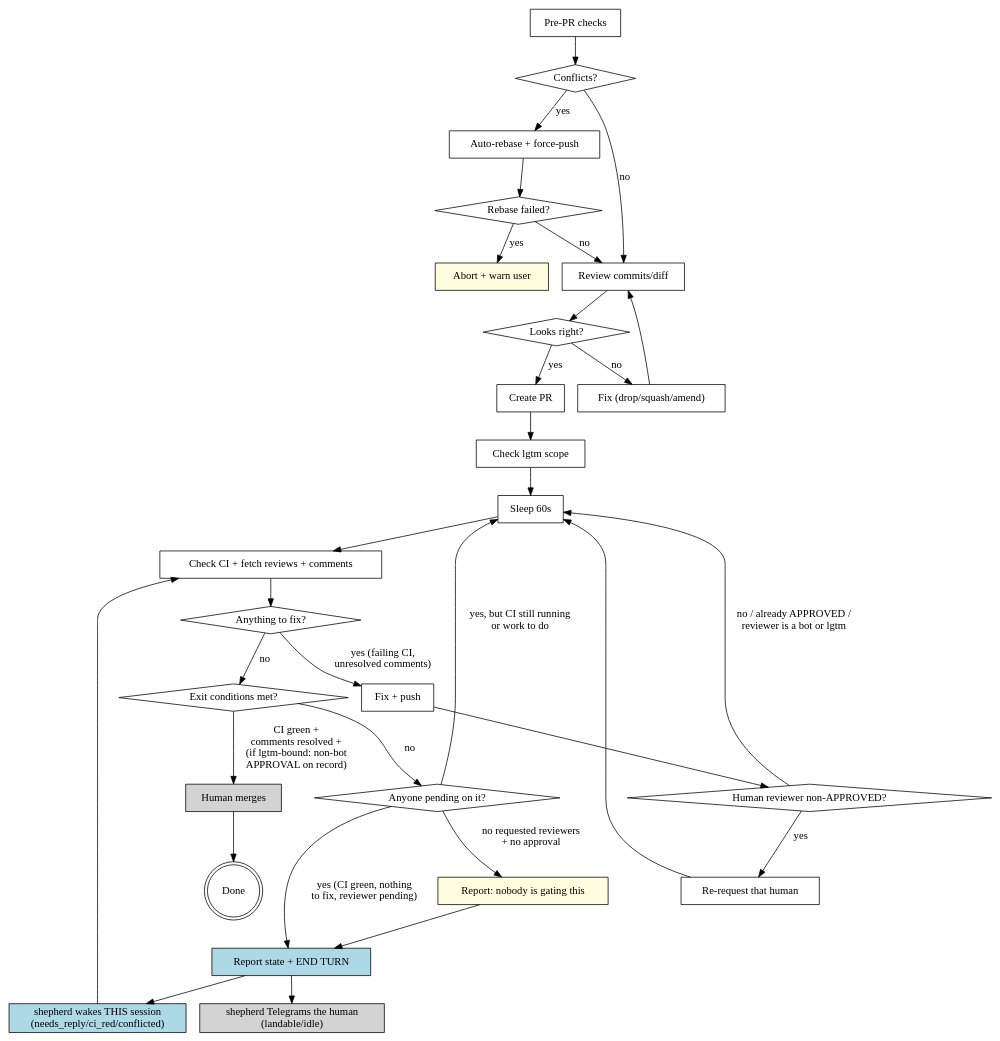
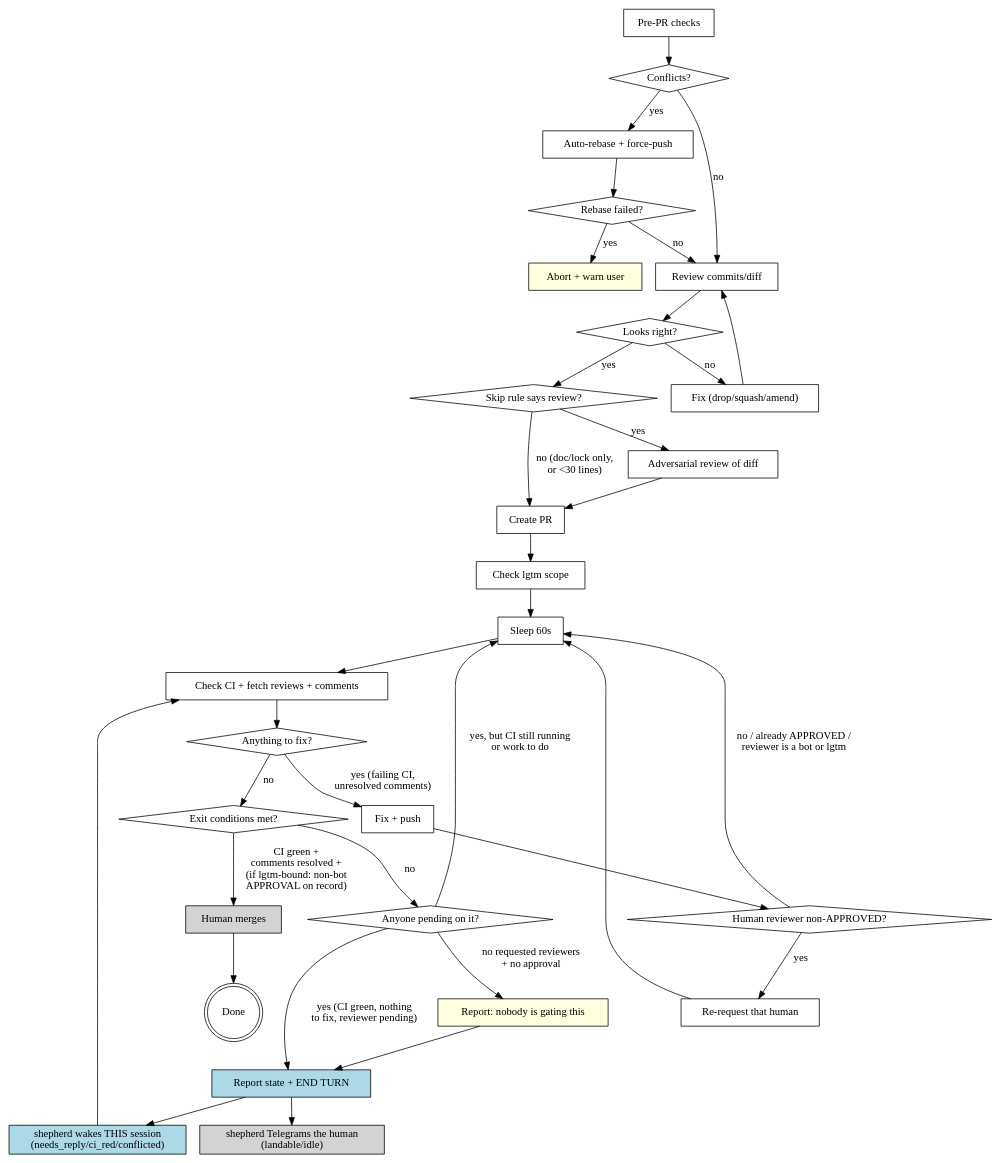
Before and after one commit to johnnymo87/workstation: the diagram in assets/opencode/skills/shepherding-pull-requests/SKILL.md, drawn with Graphviz. The commit also changed other lines of this file and 4 other files, not shown here.

First line of the commit message:
[NO-JIRA] Make pre-PR adversarial review a default and consolidate PR routes (#504)

````diff
--- a/assets/opencode/skills/shepherding-pull-requests/SKILL.md
+++ b/assets/opencode/skills/shepherding-pull-requests/SKILL.md
@@ -73,60 +74,65 @@
 ```dot
 digraph pr_lifecycle {
     rankdir=TB;
     "Pre-PR checks" [shape=box];
     "Conflicts?" [shape=diamond];
     "Auto-rebase + force-push" [shape=box];
     "Rebase failed?" [shape=diamond];
     "Abort + warn user" [shape=box, style=filled, fillcolor=lightyellow];
     "Review commits/diff" [shape=box];
     "Looks right?" [shape=diamond];
     "Fix (drop/squash/amend)" [shape=box];
+    "Skip rule says review?" [shape=diamond];
+    "Adversarial review of diff" [shape=box];
     "Create PR" [shape=box];
     "Check lgtm scope" [shape=box];
     "Sleep 60s" [shape=box];
     "Check CI + fetch reviews + comments" [shape=box];
     "Anything to fix?" [shape=diamond];
     "Fix + push" [shape=box];
     "Human reviewer non-APPROVED?" [shape=diamond];
     "Re-request that human" [shape=box];
     "Exit conditions met?" [shape=diamond];
     "Anyone pending on it?" [shape=diamond];
     "Report: nobody is gating this" [shape=box, style=filled, fillcolor=lightyellow];
     "Report state + END TURN" [shape=box, style=filled, fillcolor=lightblue];
     "shepherd wakes THIS session\n(needs_reply/ci_red/conflicted)" [shape=box, style=filled, fillcolor=lightblue];
     "shepherd Telegrams the human\n(landable/idle)" [shape=box, style=filled, fillcolor=lightgrey];
     "Human merges" [shape=box, style=filled, fillcolor=lightgrey];
     "Done" [shape=doublecircle];
 
     "Pre-PR checks" -> "Conflicts?";
     "Conflicts?" -> "Review commits/diff" [label="no"];
     "Conflicts?" -> "Auto-rebase + force-push" [label="yes"];
     "Auto-rebase + force-push" -> "Rebase failed?";
     "Rebase failed?" -> "Review commits/diff" [label="no"];
     "Rebase failed?" -> "Abort + warn user" [label="yes"];
     "Review commits/diff" -> "Looks right?";
-    "Looks right?" -> "Create PR" [label="yes"];
+    "Looks right?" -> "Skip rule says review?" [label="yes"];
     "Looks right?" -> "Fix (drop/squash/amend)" [label="no"];
     "Fix (drop/squash/amend)" -> "Review commits/diff";
+    "Skip rule says review?" -> "Adversarial review of diff" [label="yes"];
+    "Skip rule says review?" -> "Create PR" [label="no (doc/lock only,\nor <30 lines)"];
+    "Adversarial review of diff" -> "Create PR";
     "Create PR" -> "Check lgtm scope";
     "Check lgtm scope" -> "Sleep 60s";
     "Sleep 60s" -> "Check CI + fetch reviews + comments";
     "Check CI + fetch reviews + comments" -> "Anything to fix?";
     "Anything to fix?" -> "Fix + push" [label="yes (failing CI,\nunresolved comments)"];
     "Anything to fix?" -> "Exit conditions met?" [label="no"];
     "Fix + push" -> "Human reviewer non-APPROVED?";
     "Human reviewer non-APPROVED?" -> "Re-request that human" [label="yes"];
     "Human reviewer non-APPROVED?" -> "Sleep 60s" [label="no / already APPROVED /\nreviewer is a bot or lgtm"];
     "Re-request that human" -> "Sleep 60s";
     "Exit conditions met?" -> "Human merges" [label="CI green +\ncomments resolved +\n(if lgtm-bound: non-bot\nAPPROVAL on record)"];
     "Human merges" -> "Done";
     "Exit conditions met?" -> "Anyone pending on it?" [label="no"];
     "Anyone pending on it?" -> "Report: nobody is gating this" [label="no requested reviewers\n+ no approval"];
     "Report: nobody is gating this" -> "Report state + END TURN";
     "Anyone pending on it?" -> "Sleep 60s" [label="yes, but CI still running\nor work to do"];
     "Anyone pending on it?" -> "Report state + END TURN" [label="yes (CI green, nothing\nto fix, reviewer pending)"];
     "Report state + END TURN" -> "shepherd wakes THIS session\n(needs_reply/ci_red/conflicted)";
     "Report state + END TURN" -> "shepherd Telegrams the human\n(landable/idle)";
     "shepherd wakes THIS session\n(needs_reply/ci_red/conflicted)" -> "Check CI + fetch reviews + comments";
 }
 ```
````
